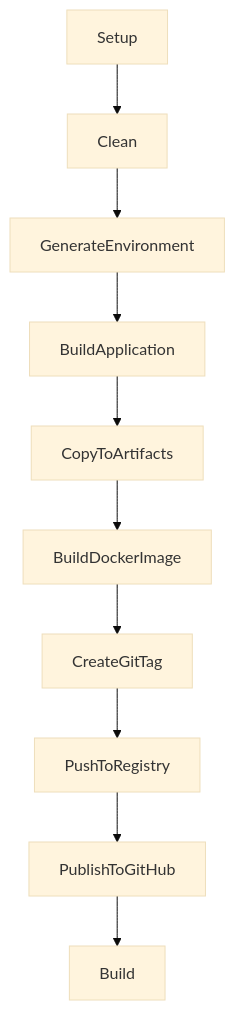
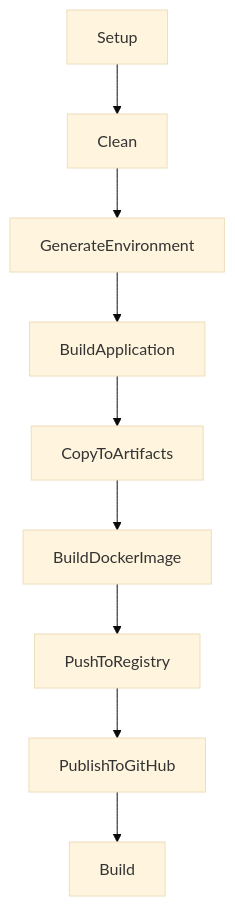
The fourth of 4 diagrams in documentation/docs/targets.md (The-Running-Dev/Docker-BuildAgent), drawn with Mermaid (base theme) before and after one commit. The commit also changed other lines of this file and 2 other files, not shown here.

First line of the commit message:
Build Fix and Docs Update

````diff
--- a/documentation/docs/targets.md
+++ b/documentation/docs/targets.md
@@ -83,4 +81,4 @@
 ```mermaid
 flowchart TD
-    Setup --> Clean --> GenerateEnvironment --> BuildApplication --> CopyToArtifacts --> BuildDockerImage --> CreateGitTag --> PushToRegistry --> PublishToGitHub --> Build
+    Setup --> Clean --> GenerateEnvironment --> BuildApplication --> CopyToArtifacts --> BuildDockerImage --> PushToRegistry --> PublishToGitHub --> Build
 ```
````
